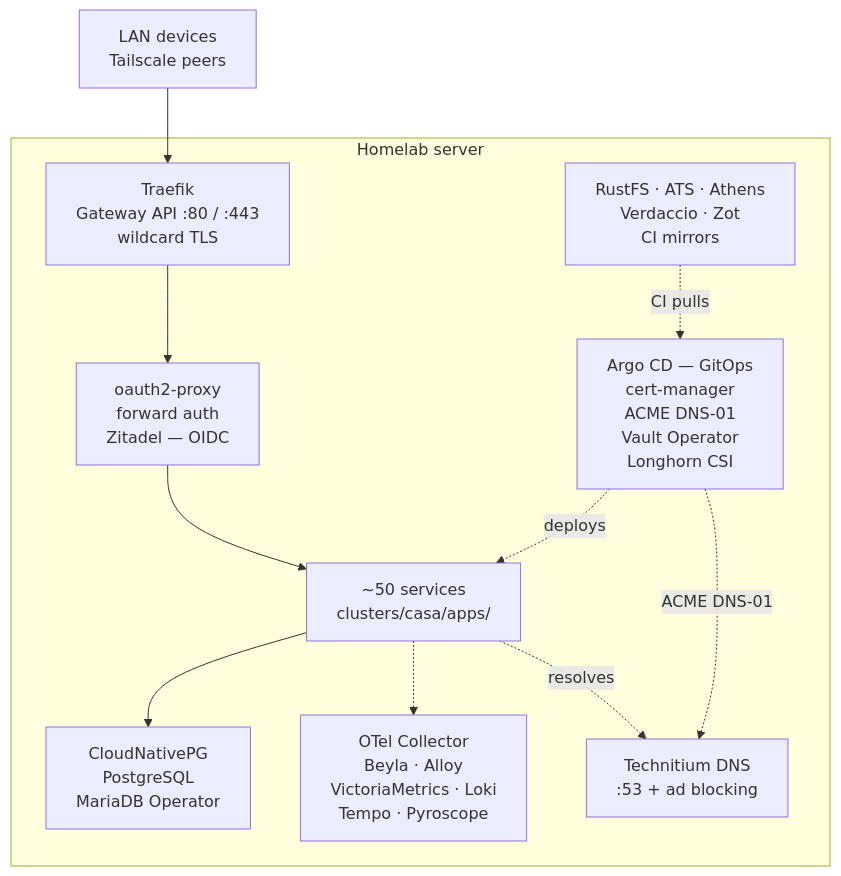
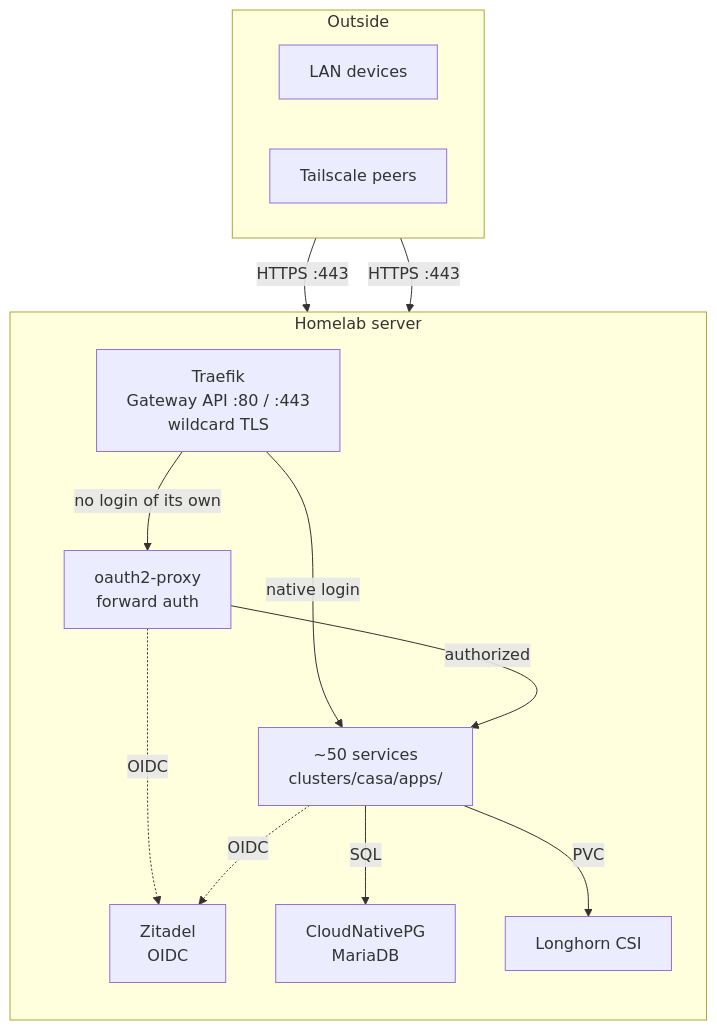
One commit to Artemiy111/homelab changed the diagram in README.md. Above: the diagram before and after it, drawn with Mermaid. The commit also changed other lines of this file and 1 other file, not shown here.

Commit message:
docs(readme): simplify architecture diagram to the request path (#996)

````diff
--- a/README.md
+++ b/README.md
@@ -32,25 +32,28 @@
 ```mermaid
 flowchart TB
-    CLIENTS["LAN devices<br/>Tailscale peers"]
+    subgraph outside["Outside"]
+        direction LR
+        LAN["LAN devices"]
+        TS["Tailscale peers"]
+    end
 
     subgraph host["Homelab server"]
+        direction TB
         EDGE["Traefik<br/>Gateway API :80 / :443<br/>wildcard TLS"]
-        AUTH["oauth2-proxy<br/>forward auth<br/>Zitadel — OIDC"]
+        AUTH["oauth2-proxy<br/>forward auth"]
         APPS["~50 services<br/>clusters/casa/apps/"]
-        OPS["Argo CD — GitOps<br/>cert-manager<br/>ACME DNS-01<br/>Vault Operator<br/>Longhorn CSI"]
-        DATA["CloudNativePG<br/>PostgreSQL<br/>MariaDB Operator"]
-        OBS["OTel Collector<br/>Beyla · Alloy<br/>VictoriaMetrics · Loki<br/>Tempo · Pyroscope"]
-        CACHE["RustFS · ATS · Athens<br/>Verdaccio · Zot<br/>CI mirrors"]
-        DNS["Technitium DNS<br/>:53 + ad blocking"]
+        ZIT["Zitadel<br/>OIDC"]
+        DATA["CloudNativePG<br/>MariaDB"]
+        STORE["Longhorn CSI"]
     end
 
-    CLIENTS --> EDGE
-    EDGE --> AUTH
-    AUTH --> APPS
-    CACHE -.->|CI pulls| OPS
-    OPS -.->|deploys| APPS
-    OPS -.->|ACME DNS-01| DNS
-    APPS --> DATA
-    APPS -.-> OBS
-    APPS -.->|resolves| DNS
+    LAN -->|HTTPS :443| EDGE
+    TS -->|HTTPS :443| EDGE
+    EDGE -->|native login| APPS
+    EDGE -->|no login of its own| AUTH
+    AUTH -->|authorized| APPS
+    AUTH -.->|OIDC| ZIT
+    APPS -.->|OIDC| ZIT
+    APPS -->|SQL| DATA
+    APPS -->|PVC| STORE
 ```
````
